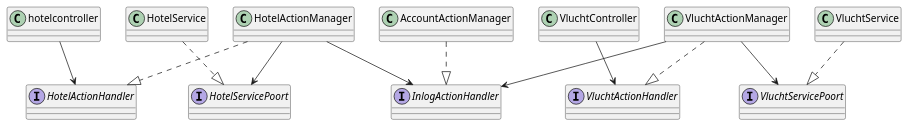
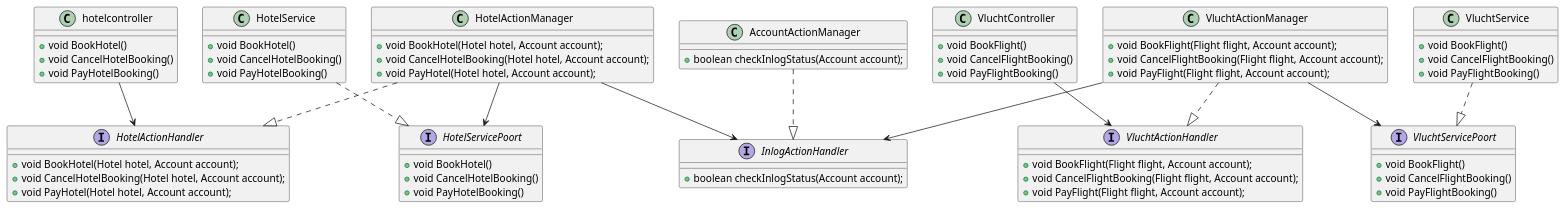
The diagram in Pressure_cooker/Jordy/Class_diagram_pressure_cooker_Jordy.puml (AIM-ENE-feb25/triptop-groep-b4), drawn with PlantUML before and after one commit. The commit also changed 1 other file, not shown here.

Commit message:
functies aan klassendiagram toegevoegd

```diff
--- a/Pressure_cooker/Jordy/Class_diagram_pressure_cooker_Jordy.puml
+++ b/Pressure_cooker/Jordy/Class_diagram_pressure_cooker_Jordy.puml
@@ -1,32 +1,76 @@
 @startuml
 
-interface "HotelActionHandler"
-interface "InlogActionHandler"
-interface "VluchtActionHandler"
-interface "VluchtServicePoort"
-interface "HotelServicePoort"
+interface "HotelActionHandler"{
++ void BookHotel(Hotel hotel, Account account);
++ void CancelHotelBooking(Hotel hotel, Account account);
++ void PayHotel(Hotel hotel, Account account);
+}
+interface "InlogActionHandler"{
++ boolean checkInlogStatus(Account account);
+}
+interface "VluchtActionHandler"{
 
-class "hotelcontroller"
-class "HotelService"
-class "VluchtController"
-class "VluchtService"
-class "hotelcontroller"
-class "HotelActionManager"
-class "VluchtActionManager"
-class "AccountActionManager"
++ void BookFlight(Flight flight, Account account);
++ void CancelFlightBooking(Flight flight, Account account);
++ void PayFlight(Flight flight, Account account);
+}
+interface "VluchtServicePoort"{
++ void BookFlight()
++ void CancelFlightBooking()
++ void PayFlightBooking()
+}
+interface "HotelServicePoort"{
++ void BookHotel()
++ void CancelHotelBooking()
++ void PayHotelBooking()
+}
+
+class "hotelcontroller" {
++ void BookHotel()
++ void CancelHotelBooking()
++ void PayHotelBooking()
+}
+class "HotelService"{
++ void BookHotel()
++ void CancelHotelBooking()
++ void PayHotelBooking()
+}
+class "VluchtController"{
++ void BookFlight()
++ void CancelFlightBooking()
++ void PayFlightBooking()
+}
+class "VluchtService"{
++ void BookFlight()
++ void CancelFlightBooking()
++ void PayFlightBooking()
+}
+class "HotelActionManager"{
++ void BookHotel(Hotel hotel, Account account);
++ void CancelHotelBooking(Hotel hotel, Account account);
++ void PayHotel(Hotel hotel, Account account);
+}
+class "VluchtActionManager"{
++ void BookFlight(Flight flight, Account account);
++ void CancelFlightBooking(Flight flight, Account account);
++ void PayFlight(Flight flight, Account account);
+}
+class "AccountActionManager"{
++ boolean checkInlogStatus(Account account);
+}
 
 "hotelcontroller" --> "HotelActionHandler"
 "HotelService" 	..|> "HotelServicePoort"
 "VluchtController" --> "VluchtActionHandler"
 "VluchtService" ..|> "VluchtServicePoort"
 "HotelActionManager" ..|> "HotelActionHandler"
 "HotelActionManager" --> "InlogActionHandler"
 "AccountActionManager" ..|> "InlogActionHandler"
 "VluchtActionManager" ..|> "VluchtActionHandler"
 "VluchtActionManager" --> "InlogActionHandler"
 "HotelActionManager" --> "HotelServicePoort"
 "VluchtActionManager" --> "VluchtServicePoort"
 
 
 
 @enduml
```
